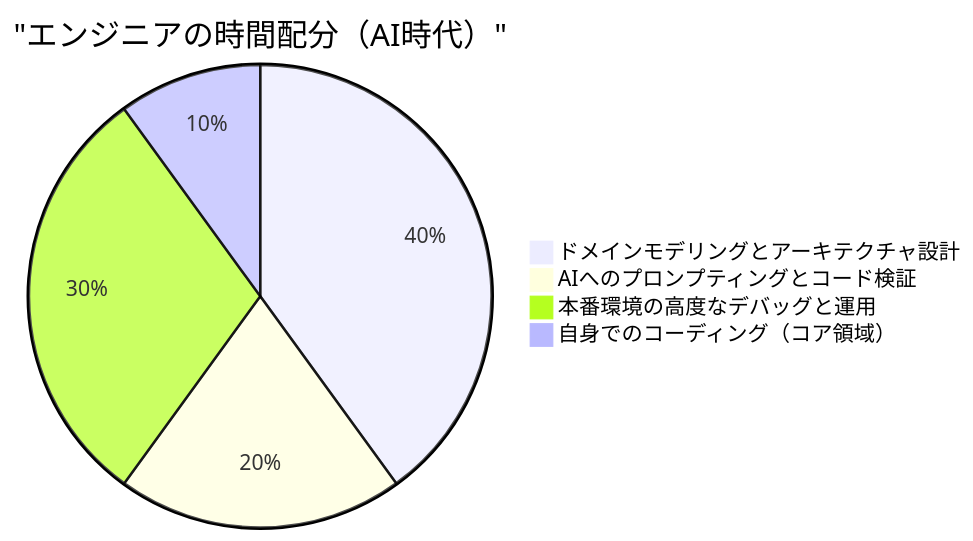
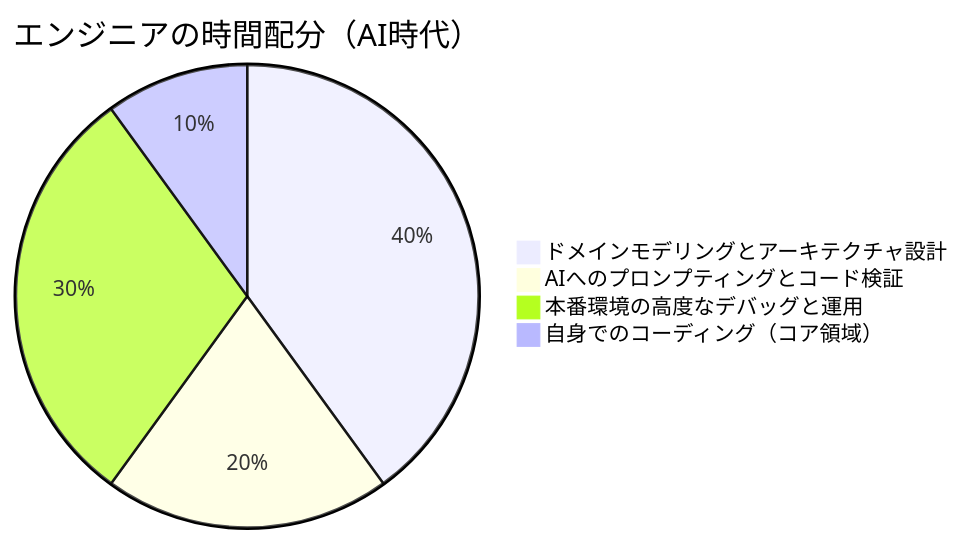
Before and after one commit to kenjinote/blog: the fourth of 4 diagrams in content/post/human_engineer_skills/index.md, drawn with Mermaid. The commit also changed other lines of this file and 703 other files, not shown here.

Commit message:
Fix: Remove quotes from Mermaid link texts and timeline definitions to support Mermaid 11.4.1

````diff
--- a/content/post/human_engineer_skills/index.md
+++ b/content/post/human_engineer_skills/index.md
@@ -190,7 +190,7 @@
 ```mermaid
-pie title "エンジニアの時間配分（AI時代）"
+pie title エンジニアの時間配分（AI時代）
   "ドメインモデリングとアーキテクチャ設計": 40
   "AIへのプロンプティングとコード検証": 20
   "本番環境の高度なデバッグと運用": 30
   "自身でのコーディング（コア領域）": 10
 ```
````
